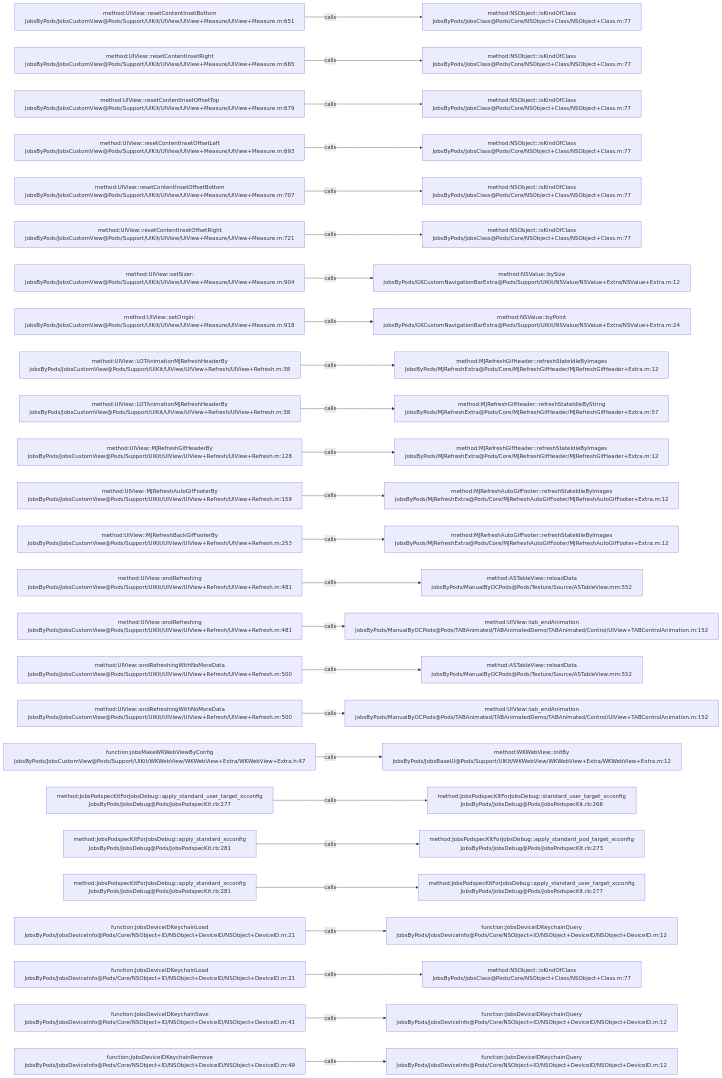
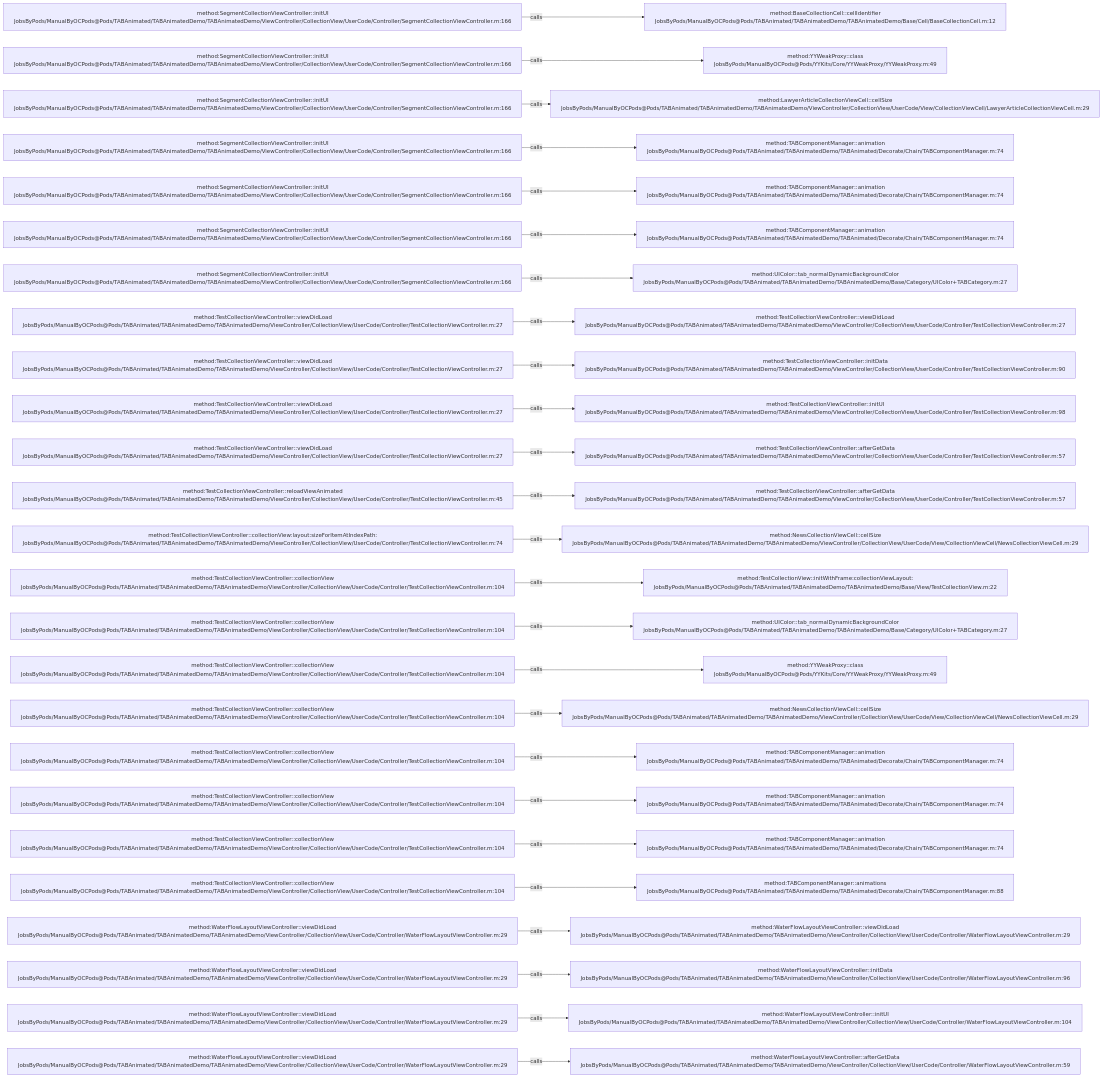
Before and after one commit to JobsKits/JobsOCBaseConfigDemo: the diagram in .codegraph/codegraph.md/graphs/calls-060.md, drawn with Mermaid. The commit also changed 2162 other files, not shown here.

````diff
--- a/.codegraph/codegraph.md/graphs/calls-060.md
+++ b/.codegraph/codegraph.md/graphs/calls-060.md
@@ -13,78 +13,78 @@
 ```mermaid
 flowchart LR
-  S1["method:UIView::resetContentInsetBottom<br/>JobsByPods/JobsCustomView@Pods/Support/UIKit/UIView/UIView+Measure/UIView+Measure.m:651"]
-  T1["method:NSObject::isKindOfClass<br/>JobsByPods/JobsClass@Pods/Core/NSObject+Class/NSObject+Class.m:77"]
+  S1["method:SegmentCollectionViewController::initUI<br/>JobsByPods/ManualByOCPods@Pods/TABAnimated/TABAnimatedDemo/TABAnimatedDemo/ViewController/CollectionView/UserCode/Controller/SegmentCollectionViewController.m:166"]
+  T1["method:BaseCollectionCell::cellIdentifier<br/>JobsByPods/ManualByOCPods@Pods/TABAnimated/TABAnimatedDemo/TABAnimatedDemo/Base/Cell/BaseCollectionCell.m:12"]
   S1 -->|calls| T1
-  S2["method:UIView::resetContentInsetRight<br/>JobsByPods/JobsCustomView@Pods/Support/UIKit/UIView/UIView+Measure/UIView+Measure.m:665"]
-  T2["method:NSObject::isKindOfClass<br/>JobsByPods/JobsClass@Pods/Core/NSObject+Class/NSObject+Class.m:77"]
+  S2["method:SegmentCollectionViewController::initUI<br/>JobsByPods/ManualByOCPods@Pods/TABAnimated/TABAnimatedDemo/TABAnimatedDemo/ViewController/CollectionView/UserCode/Controller/SegmentCollectionViewController.m:166"]
+  T2["method:YYWeakProxy::class<br/>JobsByPods/ManualByOCPods@Pods/YYKits/Core/YYWeakProxy/YYWeakProxy.m:49"]
   S2 -->|calls| T2
-  S3["method:UIView::resetContentInsetOffsetTop<br/>JobsByPods/JobsCustomView@Pods/Support/UIKit/UIView/UIView+Measure/UIView+Measure.m:679"]
-  T3["method:NSObject::isKindOfClass<br/>JobsByPods/JobsClass@Pods/Core/NSObject+Class/NSObject+Class.m:77"]
+  S3["method:SegmentCollectionViewController::initUI<br/>JobsByPods/ManualByOCPods@Pods/TABAnimated/TABAnimatedDemo/TABAnimatedDemo/ViewController/CollectionView/UserCode/Controller/SegmentCollectionViewController.m:166"]
+  T3["method:LawyerArticleCollectionViewCell::cellSize<br/>JobsByPods/ManualByOCPods@Pods/TABAnimated/TABAnimatedDemo/TABAnimatedDemo/ViewController/CollectionView/UserCode/View/CollectionViewCell/LawyerArticleCollectionViewCell.m:29"]
   S3 -->|calls| T3
-  S4["method:UIView::resetContentInsetOffsetLeft<br/>JobsByPods/JobsCustomView@Pods/Support/UIKit/UIView/UIView+Measure/UIView+Measure.m:693"]
-  T4["method:NSObject::isKindOfClass<br/>JobsByPods/JobsClass@Pods/Core/NSObject+Class/NSObject+Class.m:77"]
+  S4["method:SegmentCollectionViewController::initUI<br/>JobsByPods/ManualByOCPods@Pods/TABAnimated/TABAnimatedDemo/TABAnimatedDemo/ViewController/CollectionView/UserCode/Controller/SegmentCollectionViewController.m:166"]
+  T4["method:TABComponentManager::animation<br/>JobsByPods/ManualByOCPods@Pods/TABAnimated/TABAnimatedDemo/TABAnimated/Decorate/Chain/TABComponentManager.m:74"]
   S4 -->|calls| T4
-  S5["method:UIView::resetContentInsetOffsetBottom<br/>JobsByPods/JobsCustomView@Pods/Support/UIKit/UIView/UIView+Measure/UIView+Measure.m:707"]
-  T5["method:NSObject::isKindOfClass<br/>JobsByPods/JobsClass@Pods/Core/NSObject+Class/NSObject+Class.m:77"]
+  S5["method:SegmentCollectionViewController::initUI<br/>JobsByPods/ManualByOCPods@Pods/TABAnimated/TABAnimatedDemo/TABAnimatedDemo/ViewController/CollectionView/UserCode/Controller/SegmentCollectionViewController.m:166"]
+  T5["method:TABComponentManager::animation<br/>JobsByPods/ManualByOCPods@Pods/TABAnimated/TABAnimatedDemo/TABAnimated/Decorate/Chain/TABComponentManager.m:74"]
   S5 -->|calls| T5
-  S6["method:UIView::resetContentInsetOffsetRight<br/>JobsByPods/JobsCustomView@Pods/Support/UIKit/UIView/UIView+Measure/UIView+Measure.m:721"]
-  T6["method:NSObject::isKindOfClass<br/>JobsByPods/JobsClass@Pods/Core/NSObject+Class/NSObject+Class.m:77"]
+  S6["method:SegmentCollectionViewController::initUI<br/>JobsByPods/ManualByOCPods@Pods/TABAnimated/TABAnimatedDemo/TABAnimatedDemo/ViewController/CollectionView/UserCode/Controller/SegmentCollectionViewController.m:166"]
+  T6["method:TABComponentManager::animation<br/>JobsByPods/ManualByOCPods@Pods/TABAnimated/TABAnimatedDemo/TABAnimated/Decorate/Chain/TABComponentManager.m:74"]
   S6 -->|calls| T6
-  S7["method:UIView::setSizer:<br/>JobsByPods/JobsCustomView@Pods/Support/UIKit/UIView/UIView+Measure/UIView+Measure.m:904"]
-  T7["method:NSValue::bySize<br/>JobsByPods/GKCustomNavigationBarExtra@Pods/Support/UIKit/NSValue/NSValue+Extra/NSValue+Extra.m:12"]
+  S7["method:SegmentCollectionViewController::initUI<br/>JobsByPods/ManualByOCPods@Pods/TABAnimated/TABAnimatedDemo/TABAnimatedDemo/ViewController/CollectionView/UserCode/Controller/SegmentCollectionViewController.m:166"]
+  T7["method:UIColor::tab_normalDynamicBackgroundColor<br/>JobsByPods/ManualByOCPods@Pods/TABAnimated/TABAnimatedDemo/TABAnimatedDemo/Base/Category/UIColor+TABCategory.m:27"]
   S7 -->|calls| T7
-  S8["method:UIView::setOrigin:<br/>JobsByPods/JobsCustomView@Pods/Support/UIKit/UIView/UIView+Measure/UIView+Measure.m:918"]
-  T8["method:NSValue::byPoint<br/>JobsByPods/GKCustomNavigationBarExtra@Pods/Support/UIKit/NSValue/NSValue+Extra/NSValue+Extra.m:24"]
+  S8["method:TestCollectionViewController::viewDidLoad<br/>JobsByPods/ManualByOCPods@Pods/TABAnimated/TABAnimatedDemo/TABAnimatedDemo/ViewController/CollectionView/UserCode/Controller/TestCollectionViewController.m:27"]
+  T8["method:TestCollectionViewController::viewDidLoad<br/>JobsByPods/ManualByOCPods@Pods/TABAnimated/TABAnimatedDemo/TABAnimatedDemo/ViewController/CollectionView/UserCode/Controller/TestCollectionViewController.m:27"]
   S8 -->|calls| T8
-  S9["method:UIView::LOTAnimationMJRefreshHeaderBy<br/>JobsByPods/JobsCustomView@Pods/Support/UIKit/UIView/UIView+Refresh/UIView+Refresh.m:38"]
-  T9["method:MJRefreshGifHeader::refreshStateIdleByImages<br/>JobsByPods/MJRefreshExtra@Pods/Core/MJRefreshGifHeader/MJRefreshGifHeader+Extra.m:12"]
+  S9["method:TestCollectionViewController::viewDidLoad<br/>JobsByPods/ManualByOCPods@Pods/TABAnimated/TABAnimatedDemo/TABAnimatedDemo/ViewController/CollectionView/UserCode/Controller/TestCollectionViewController.m:27"]
+  T9["method:TestCollectionViewController::initData<br/>JobsByPods/ManualByOCPods@Pods/TABAnimated/TABAnimatedDemo/TABAnimatedDemo/ViewController/CollectionView/UserCode/Controller/TestCollectionViewController.m:90"]
   S9 -->|calls| T9
-  S10["method:UIView::LOTAnimationMJRefreshHeaderBy<br/>JobsByPods/JobsCustomView@Pods/Support/UIKit/UIView/UIView+Refresh/UIView+Refresh.m:38"]
-  T10["method:MJRefreshGifHeader::refreshStateIdleByString<br/>JobsByPods/MJRefreshExtra@Pods/Core/MJRefreshGifHeader/MJRefreshGifHeader+Extra.m:57"]
+  S10["method:TestCollectionViewController::viewDidLoad<br/>JobsByPods/ManualByOCPods@Pods/TABAnimated/TABAnimatedDemo/TABAnimatedDemo/ViewController/CollectionView/UserCode/Controller/TestCollectionViewController.m:27"]
+  T10["method:TestCollectionViewController::initUI<br/>JobsByPods/ManualByOCPods@Pods/TABAnimated/TABAnimatedDemo/TABAnimatedDemo/ViewController/CollectionView/UserCode/Controller/TestCollectionViewController.m:98"]
   S10 -->|calls| T10
-  S11["method:UIView::MJRefreshGifHeaderBy<br/>JobsByPods/JobsCustomView@Pods/Support/UIKit/UIView/UIView+Refresh/UIView+Refresh.m:128"]
-  T11["method:MJRefreshGifHeader::refreshStateIdleByImages<br/>JobsByPods/MJRefreshExtra@Pods/Core/MJRefreshGifHeader/MJRefreshGifHeader+Extra.m:12"]
+  S11["method:TestCollectionViewController::viewDidLoad<br/>JobsByPods/ManualByOCPods@Pods/TABAnimated/TABAnimatedDemo/TABAnimatedDemo/ViewController/CollectionView/UserCode/Controller/TestCollectionViewController.m:27"]
+  T11["method:TestCollectionViewController::afterGetData<br/>JobsByPods/ManualByOCPods@Pods/TABAnimated/TABAnimatedDemo/TABAnimatedDemo/ViewController/CollectionView/UserCode/Controller/TestCollectionViewController.m:57"]
   S11 -->|calls| T11
-  S12["method:UIView::MJRefreshAutoGifFooterBy<br/>JobsByPods/JobsCustomView@Pods/Support/UIKit/UIView/UIView+Refresh/UIView+Refresh.m:159"]
-  T12["method:MJRefreshAutoGifFooter::refreshStateIdleByImages<br/>JobsByPods/MJRefreshExtra@Pods/Core/MJRefreshAutoGifFooter/MJRefreshAutoGifFooter+Extra.m:12"]
+  S12["method:TestCollectionViewController::reloadViewAnimated<br/>JobsByPods/ManualByOCPods@Pods/TABAnimated/TABAnimatedDemo/TABAnimatedDemo/ViewController/CollectionView/UserCode/Controller/TestCollectionViewController.m:45"]
+  T12["method:TestCollectionViewController::afterGetData<br/>JobsByPods/ManualByOCPods@Pods/TABAnimated/TABAnimatedDemo/TABAnimatedDemo/ViewController/CollectionView/UserCode/Controller/TestCollectionViewController.m:57"]
   S12 -->|calls| T12
-  S13["method:UIView::MJRefreshBackGifFooterBy<br/>JobsByPods/JobsCustomView@Pods/Support/UIKit/UIView/UIView+Refresh/UIView+Refresh.m:253"]
-  T13["method:MJRefreshAutoGifFooter::refreshStateIdleByImages<br/>JobsByPods/MJRefreshExtra@Pods/Core/MJRefreshAutoGifFooter/MJRefreshAutoGifFooter+Extra.m:12"]
+  S13["method:TestCollectionViewController::collectionView:layout:sizeForItemAtIndexPath:<br/>JobsByPods/ManualByOCPods@Pods/TABAnimated/TABAnimatedDemo/TABAnimatedDemo/ViewController/CollectionView/UserCode/Controller/TestCollectionViewController.m:74"]
+  T13["method:NewsCollectionViewCell::cellSize<br/>JobsByPods/ManualByOCPods@Pods/TABAnimated/TABAnimatedDemo/TABAnimatedDemo/ViewController/CollectionView/UserCode/View/CollectionViewCell/NewsCollectionViewCell.m:29"]
   S13 -->|calls| T13
-  S14["method:UIView::endRefreshing<br/>JobsByPods/JobsCustomView@Pods/Support/UIKit/UIView/UIView+Refresh/UIView+Refresh.m:481"]
-  T14["method:ASTableView::reloadData<br/>JobsByPods/ManualByOCPods@Pods/Texture/Source/ASTableView.mm:552"]
+  S14["method:TestCollectionViewController::collectionView<br/>JobsByPods/ManualByOCPods@Pods/TABAnimated/TABAnimatedDemo/TABAnimatedDemo/ViewController/CollectionView/UserCode/Controller/TestCollectionViewController.m:104"]
+  T14["method:TestCollectionView::initWithFrame:collectionViewLayout:<br/>JobsByPods/ManualByOCPods@Pods/TABAnimated/TABAnimatedDemo/TABAnimatedDemo/Base/View/TestCollectionView.m:22"]
   S14 -->|calls| T14
-  S15["method:UIView::endRefreshing<br/>JobsByPods/JobsCustomView@Pods/Support/UIKit/UIView/UIView+Refresh/UIView+Refresh.m:481"]
-  T15["method:UIView::tab_endAnimation<br/>JobsByPods/ManualByOCPods@Pods/TABAnimated/TABAnimatedDemo/TABAnimated/Control/UIView+TABControlAnimation.m:152"]
+  S15["method:TestCollectionViewController::collectionView<br/>JobsByPods/ManualByOCPods@Pods/TABAnimated/TABAnimatedDemo/TABAnimatedDemo/ViewController/CollectionView/UserCode/Controller/TestCollectionViewController.m:104"]
+  T15["method:UIColor::tab_normalDynamicBackgroundColor<br/>JobsByPods/ManualByOCPods@Pods/TABAnimated/TABAnimatedDemo/TABAnimatedDemo/Base/Category/UIColor+TABCategory.m:27"]
   S15 -->|calls| T15
-  S16["method:UIView::endRefreshingWithNoMoreData<br/>JobsByPods/JobsCustomView@Pods/Support/UIKit/UIView/UIView+Refresh/UIView+Refresh.m:500"]
-  T16["method:ASTableView::reloadData<br/>JobsByPods/ManualByOCPods@Pods/Texture/Source/ASTableView.mm:552"]
+  S16["method:TestCollectionViewController::collectionView<br/>JobsByPods/ManualByOCPods@Pods/TABAnimated/TABAnimatedDemo/TABAnimatedDemo/ViewController/CollectionView/UserCode/Controller/TestCollectionViewController.m:104"]
+  T16["method:YYWeakProxy::class<br/>JobsByPods/ManualByOCPods@Pods/YYKits/Core/YYWeakProxy/YYWeakProxy.m:49"]
   S16 -->|calls| T16
-  S17["method:UIView::endRefreshingWithNoMoreData<br/>JobsByPods/JobsCustomView@Pods/Support/UIKit/UIView/UIView+Refresh/UIView+Refresh.m:500"]
-  T17["method:UIView::tab_endAnimation<br/>JobsByPods/ManualByOCPods@Pods/TABAnimated/TABAnimatedDemo/TABAnimated/Control/UIView+TABControlAnimation.m:152"]
+  S17["method:TestCollectionViewController::collectionView<br/>JobsByPods/ManualByOCPods@Pods/TABAnimated/TABAnimatedDemo/TABAnimatedDemo/ViewController/CollectionView/UserCode/Controller/TestCollectionViewController.m:104"]
+  T17["method:NewsCollectionViewCell::cellSize<br/>JobsByPods/ManualByOCPods@Pods/TABAnimated/TABAnimatedDemo/TABAnimatedDemo/ViewController/CollectionView/UserCode/View/CollectionViewCell/NewsCollectionViewCell.m:29"]
   S17 -->|calls| T17
-  S18["function:jobsMakeWKWebViewByConfig<br/>JobsByPods/JobsCustomView@Pods/Support/UIKit/WKWebView/WKWebView+Extra/WKWebView+Extra.h:47"]
-  T18["method:WKWebView::initBy<br/>JobsByPods/JobsBaseUI@Pods/Support/UIKit/WKWebView/WKWebView+Extra/WKWebView+Extra.m:12"]
+  S18["method:TestCollectionViewController::collectionView<br/>JobsByPods/ManualByOCPods@Pods/TABAnimated/TABAnimatedDemo/TABAnimatedDemo/ViewController/CollectionView/UserCode/Controller/TestCollectionViewController.m:104"]
+  T18["method:TABComponentManager::animation<br/>JobsByPods/ManualByOCPods@Pods/TABAnimated/TABAnimatedDemo/TABAnimated/Decorate/Chain/TABComponentManager.m:74"]
   S18 -->|calls| T18
-  S19["method:JobsPodspecKitForJobsDebug::apply_standard_user_target_xcconfig<br/>JobsByPods/JobsDebug@Pods/JobsPodspecKit.rb:277"]
-  T19["method:JobsPodspecKitForJobsDebug::standard_user_target_xcconfig<br/>JobsByPods/JobsDebug@Pods/JobsPodspecKit.rb:266"]
+  S19["method:TestCollectionViewController::collectionView<br/>JobsByPods/ManualByOCPods@Pods/TABAnimated/TABAnimatedDemo/TABAnimatedDemo/ViewController/CollectionView/UserCode/Controller/TestCollectionViewController.m:104"]
+  T19["method:TABComponentManager::animation<br/>JobsByPods/ManualByOCPods@Pods/TABAnimated/TABAnimatedDemo/TABAnimated/Decorate/Chain/TABComponentManager.m:74"]
   S19 -->|calls| T19
-  S20["method:JobsPodspecKitForJobsDebug::apply_standard_xcconfig<br/>JobsByPods/JobsDebug@Pods/JobsPodspecKit.rb:281"]
-  T20["method:JobsPodspecKitForJobsDebug::apply_standard_pod_target_xcconfig<br/>JobsByPods/JobsDebug@Pods/JobsPodspecKit.rb:273"]
+  S20["method:TestCollectionViewController::collectionView<br/>JobsByPods/ManualByOCPods@Pods/TABAnimated/TABAnimatedDemo/TABAnimatedDemo/ViewController/CollectionView/UserCode/Controller/TestCollectionViewController.m:104"]
+  T20["method:TABComponentManager::animation<br/>JobsByPods/ManualByOCPods@Pods/TABAnimated/TABAnimatedDemo/TABAnimated/Decorate/Chain/TABComponentManager.m:74"]
   S20 -->|calls| T20
-  S21["method:JobsPodspecKitForJobsDebug::apply_standard_xcconfig<br/>JobsByPods/JobsDebug@Pods/JobsPodspecKit.rb:281"]
-  T21["method:JobsPodspecKitForJobsDebug::apply_standard_user_target_xcconfig<br/>JobsByPods/JobsDebug@Pods/JobsPodspecKit.rb:277"]
+  S21["method:TestCollectionViewController::collectionView<br/>JobsByPods/ManualByOCPods@Pods/TABAnimated/TABAnimatedDemo/TABAnimatedDemo/ViewController/CollectionView/UserCode/Controller/TestCollectionViewController.m:104"]
+  T21["method:TABComponentManager::animations<br/>JobsByPods/ManualByOCPods@Pods/TABAnimated/TABAnimatedDemo/TABAnimated/Decorate/Chain/TABComponentManager.m:88"]
   S21 -->|calls| T21
-  S22["function:JobsDeviceIDKeychainLoad<br/>JobsByPods/JobsDeviceInfo@Pods/Core/NSObject+ID/NSObject+DeviceID/NSObject+DeviceID.m:21"]
-  T22["function:JobsDeviceIDKeychainQuery<br/>JobsByPods/JobsDeviceInfo@Pods/Core/NSObject+ID/NSObject+DeviceID/NSObject+DeviceID.m:12"]
+  S22["method:WaterFlowLayoutViewController::viewDidLoad<br/>JobsByPods/ManualByOCPods@Pods/TABAnimated/TABAnimatedDemo/TABAnimatedDemo/ViewController/CollectionView/UserCode/Controller/WaterFlowLayoutViewController.m:29"]
+  T22["method:WaterFlowLayoutViewController::viewDidLoad<br/>JobsByPods/ManualByOCPods@Pods/TABAnimated/TABAnimatedDemo/TABAnimatedDemo/ViewController/CollectionView/UserCode/Controller/WaterFlowLayoutViewController.m:29"]
   S22 -->|calls| T22
-  S23["function:JobsDeviceIDKeychainLoad<br/>JobsByPods/JobsDeviceInfo@Pods/Core/NSObject+ID/NSObject+DeviceID/NSObject+DeviceID.m:21"]
-  T23["method:NSObject::isKindOfClass<br/>JobsByPods/JobsClass@Pods/Core/NSObject+Class/NSObject+Class.m:77"]
+  S23["method:WaterFlowLayoutViewController::viewDidLoad<br/>JobsByPods/ManualByOCPods@Pods/TABAnimated/TABAnimatedDemo/TABAnimatedDemo/ViewController/CollectionView/UserCode/Controller/WaterFlowLayoutViewController.m:29"]
+  T23["method:WaterFlowLayoutViewController::initData<br/>JobsByPods/ManualByOCPods@Pods/TABAnimated/TABAnimatedDemo/TABAnimatedDemo/ViewController/CollectionView/UserCode/Controller/WaterFlowLayoutViewController.m:96"]
   S23 -->|calls| T23
-  S24["function:JobsDeviceIDKeychainSave<br/>JobsByPods/JobsDeviceInfo@Pods/Core/NSObject+ID/NSObject+DeviceID/NSObject+DeviceID.m:41"]
-  T24["function:JobsDeviceIDKeychainQuery<br/>JobsByPods/JobsDeviceInfo@Pods/Core/NSObject+ID/NSObject+DeviceID/NSObject+DeviceID.m:12"]
+  S24["method:WaterFlowLayoutViewController::viewDidLoad<br/>JobsByPods/ManualByOCPods@Pods/TABAnimated/TABAnimatedDemo/TABAnimatedDemo/ViewController/CollectionView/UserCode/Controller/WaterFlowLayoutViewController.m:29"]
+  T24["method:WaterFlowLayoutViewController::initUI<br/>JobsByPods/ManualByOCPods@Pods/TABAnimated/TABAnimatedDemo/TABAnimatedDemo/ViewController/CollectionView/UserCode/Controller/WaterFlowLayoutViewController.m:104"]
   S24 -->|calls| T24
-  S25["function:JobsDeviceIDKeychainRemove<br/>JobsByPods/JobsDeviceInfo@Pods/Core/NSObject+ID/NSObject+DeviceID/NSObject+DeviceID.m:49"]
-  T25["function:JobsDeviceIDKeychainQuery<br/>JobsByPods/JobsDeviceInfo@Pods/Core/NSObject+ID/NSObject+DeviceID/NSObject+DeviceID.m:12"]
+  S25["method:WaterFlowLayoutViewController::viewDidLoad<br/>JobsByPods/ManualByOCPods@Pods/TABAnimated/TABAnimatedDemo/TABAnimatedDemo/ViewController/CollectionView/UserCode/Controller/WaterFlowLayoutViewController.m:29"]
+  T25["method:WaterFlowLayoutViewController::afterGetData<br/>JobsByPods/ManualByOCPods@Pods/TABAnimated/TABAnimatedDemo/TABAnimatedDemo/ViewController/CollectionView/UserCode/Controller/WaterFlowLayoutViewController.m:59"]
   S25 -->|calls| T25
 ```
````
